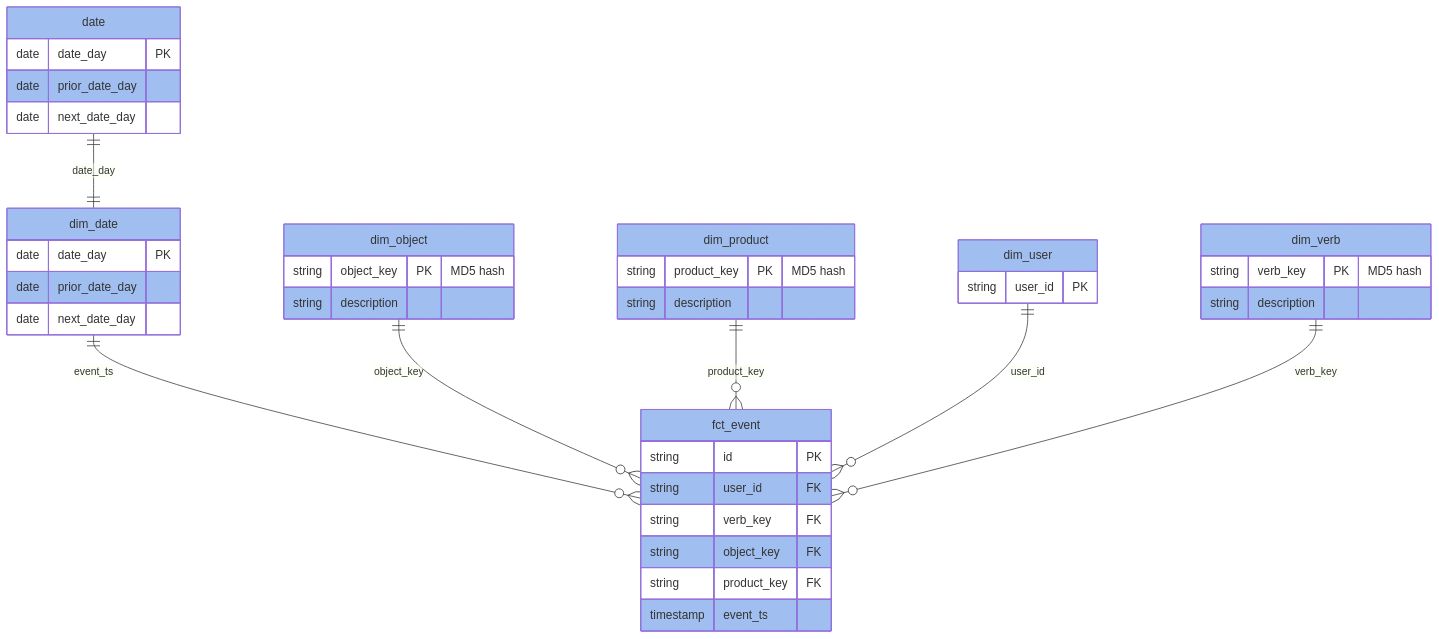
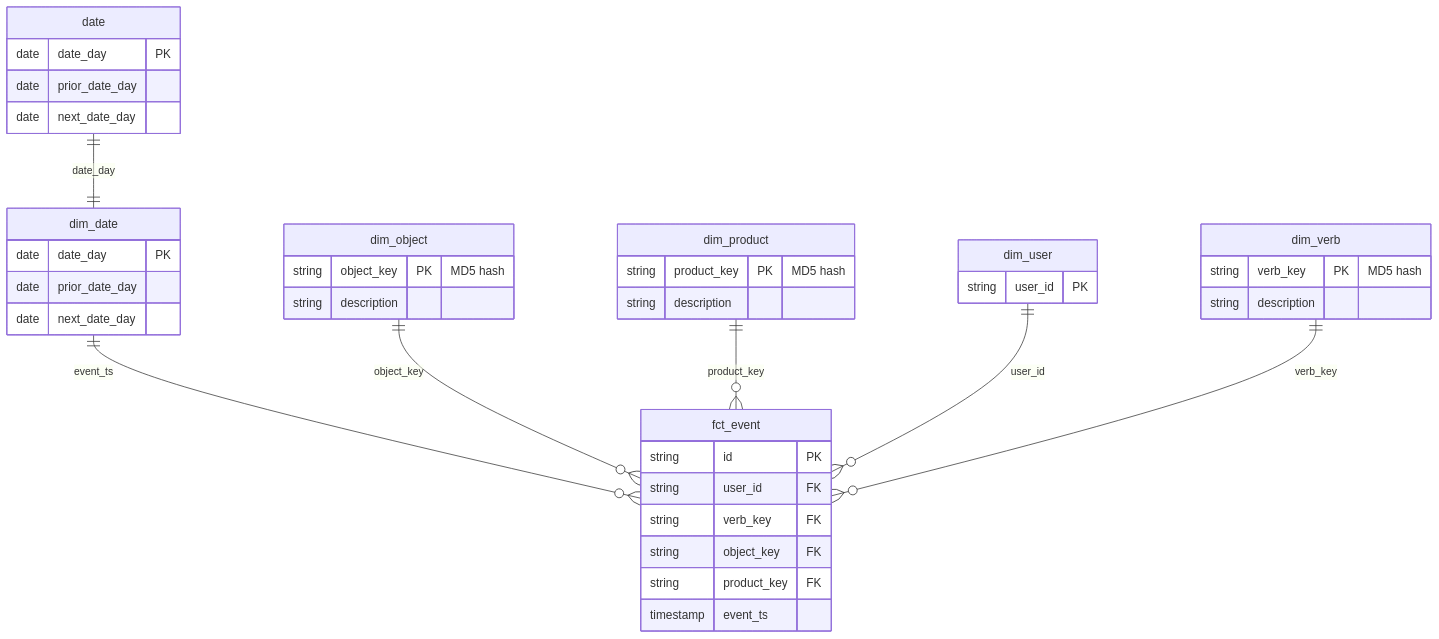
Before and after one commit to ilenos/data-model: the diagram in README.md, drawn with Mermaid.

Commit message:
^docs: Removed blue background fill in ERD

````diff
--- a/README.md
+++ b/README.md
@@ -47,45 +47,43 @@
 ```mermaid
 erDiagram
     date {
         date date_day PK
         date prior_date_day
         date next_date_day
     }
     dim_date {
         date date_day PK
         date prior_date_day
         date next_date_day
     }
     dim_object {
         string object_key PK "MD5 hash"
         string description
     }
     dim_product {
         string product_key PK "MD5 hash"
         string description
     }
     dim_verb {
         string verb_key PK "MD5 hash"
         string description
     }
     dim_user {
         string user_id PK
     }
     fct_event {
         string id PK
         string user_id FK
         string verb_key FK
         string object_key FK
         string product_key FK
         timestamp event_ts
 
     }
     date ||--|| dim_date:::bg : "date_day"
     dim_date ||--o{ fct_event : "event_ts"
     dim_object ||--o{ fct_event : "object_key"
     dim_product ||--o{ fct_event : "product_key"
     dim_user ||--o{ fct_event : "user_id"
     dim_verb ||--o{ fct_event : "verb_key"
-
-    classDef default fill:#a0bff0
 ```
````
